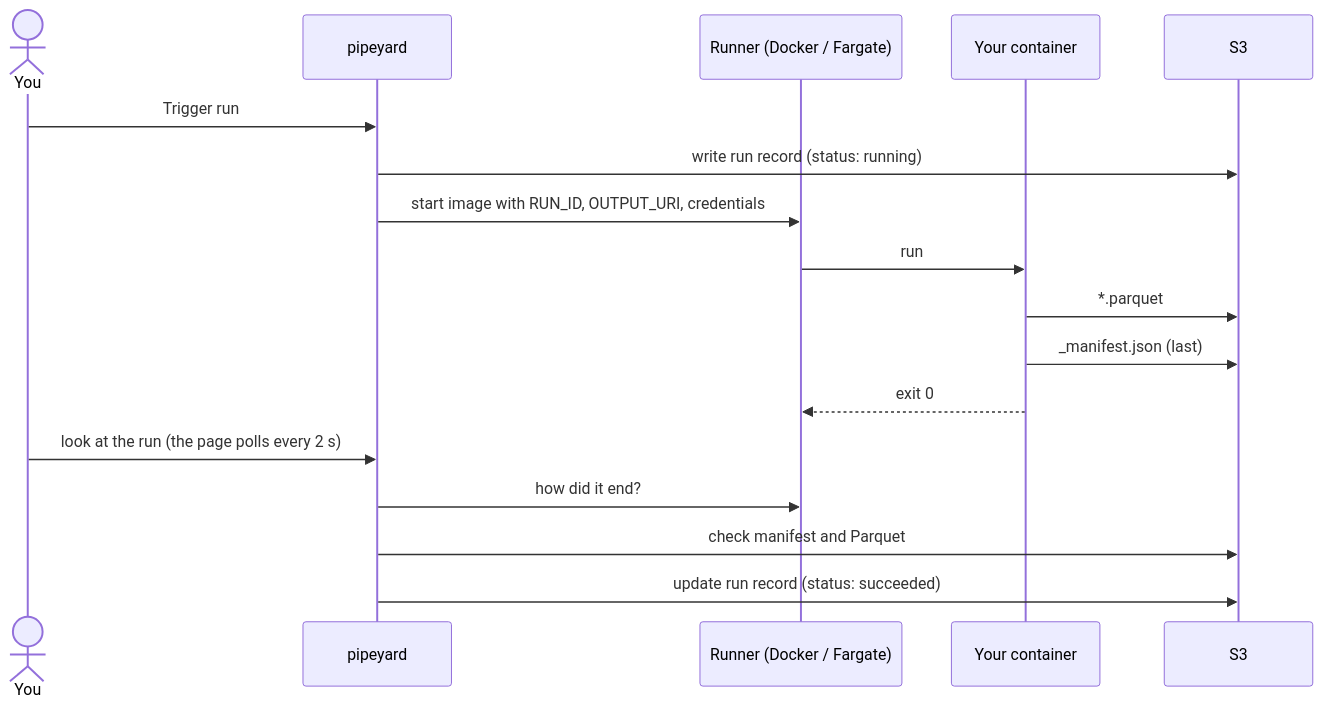
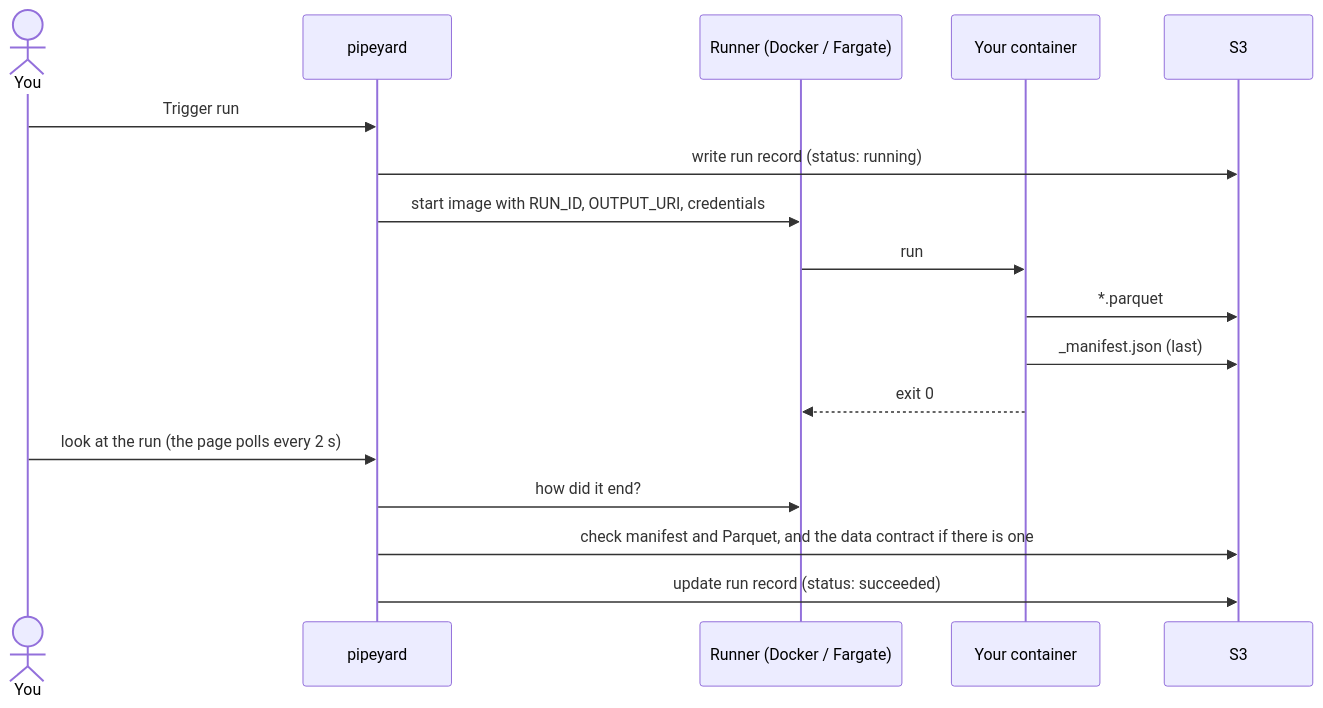
One commit to hungovercoders/pipeyard changed the first of 2 diagrams in docs/how-it-works.md. Above: the diagram before and after it, drawn with Mermaid. The commit also changed other lines of this file and 18 other files, not shown here.

First line of the commit message:
feat: data contracts in the Open Data Contract Standard (ODCS)

````diff
--- a/docs/how-it-works.md
+++ b/docs/how-it-works.md
@@ -9,20 +9,20 @@
 ```mermaid
 sequenceDiagram
     actor You
     participant P as pipeyard
     participant R as Runner (Docker / Fargate)
     participant C as Your container
     participant S as S3
 
     You->>P: Trigger run
     P->>S: write run record (status: running)
     P->>R: start image with RUN_ID, OUTPUT_URI, credentials
     R->>C: run
     C->>S: *.parquet
     C->>S: _manifest.json (last)
     C-->>R: exit 0
     You->>P: look at the run (the page polls every 2 s)
     P->>R: how did it end?
-    P->>S: check manifest and Parquet
+    P->>S: check manifest and Parquet, and the data contract if there is one
     P->>S: update run record (status: succeeded)
 ```
````
